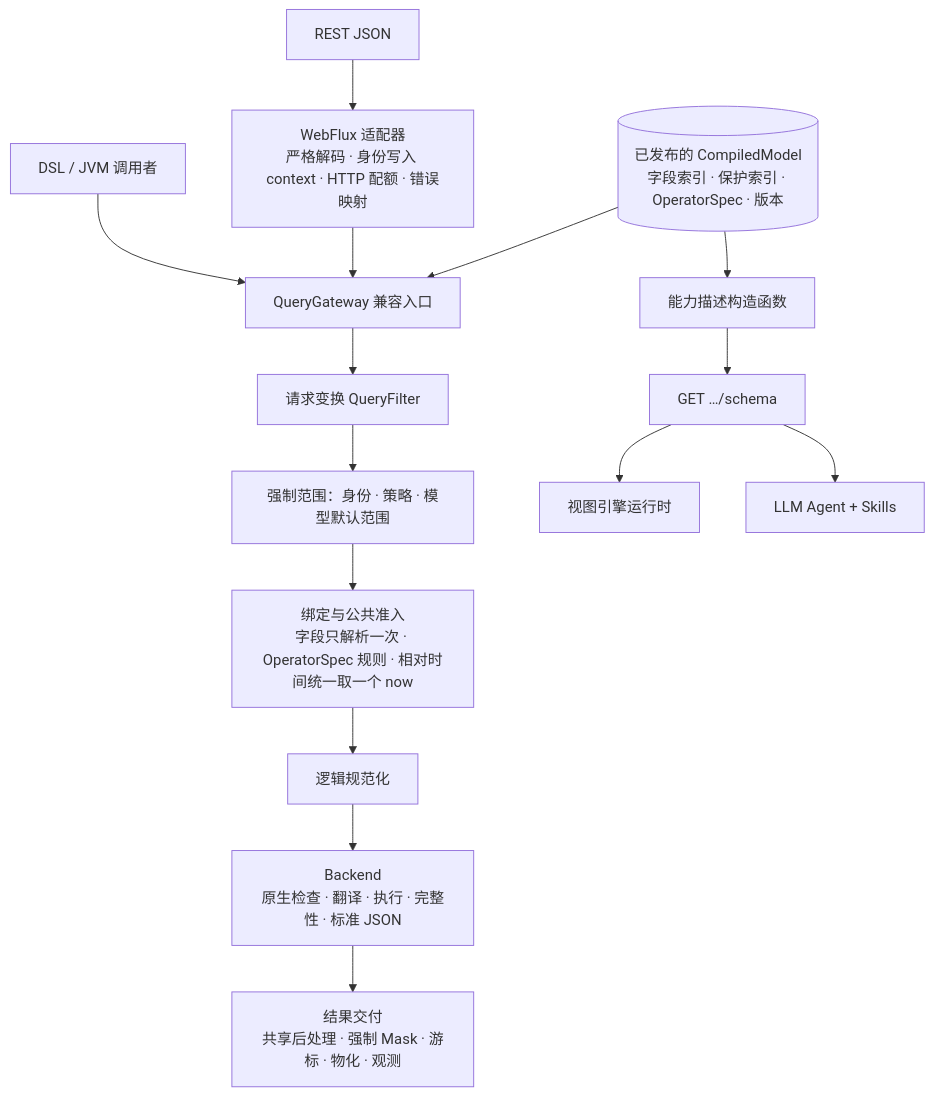
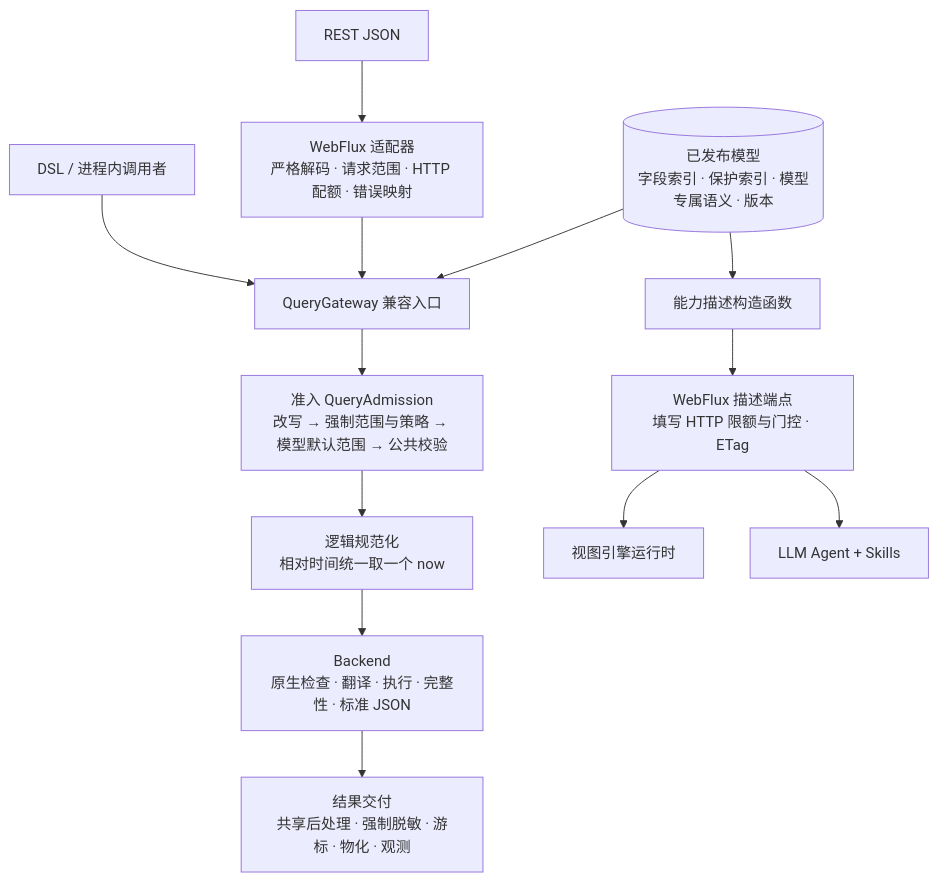
The first of 2 diagrams in documentation/designs/2026-09-24-query-target-architecture-design.md (Ahoo-Wang/Wow), drawn with Mermaid before and after one commit. The commit also changed other lines of this file, not shown here.

First line of the commit message:
docs(query): revise the target architecture after a full review

````diff
--- a/documentation/designs/2026-09-24-query-target-architecture-design.md
+++ b/documentation/designs/2026-09-24-query-target-architecture-design.md
@@ -64,17 +94,15 @@
 ```mermaid
 flowchart TB
-    REST[REST JSON] --> W[WebFlux 适配器<br/>严格解码 · 身份写入 context · HTTP 配额 · 错误映射]
-    DSL[DSL / JVM 调用者] --> G
+    REST[REST JSON] --> W[WebFlux 适配器<br/>严格解码 · 请求范围 · HTTP 配额 · 错误映射]
+    DSL[DSL / 进程内调用者] --> G
     W --> G[QueryGateway 兼容入口]
-    C[(已发布的 CompiledModel<br/>字段索引 · 保护索引 · OperatorSpec · 版本)] --> G
-    G --> R[请求变换 QueryFilter]
-    R --> S[强制范围：身份 · 策略 · 模型默认范围]
-    S --> B[绑定与公共准入<br/>字段只解析一次 · OperatorSpec 规则 · 相对时间统一取一个 now]
-    B --> N[逻辑规范化]
+    C[(已发布模型<br/>字段索引 · 保护索引 · 模型专属语义 · 版本)] --> G
+    G --> A[准入 QueryAdmission<br/>改写 → 强制范围与策略 → 模型默认范围 → 公共校验]
+    A --> N[逻辑规范化<br/>相对时间统一取一个 now]
     N --> X[Backend<br/>原生检查 · 翻译 · 执行 · 完整性 · 标准 JSON]
-    X --> P[结果交付<br/>共享后处理 · 强制 Mask · 游标 · 物化 · 观测]
+    X --> P[结果交付<br/>共享后处理 · 强制脱敏 · 游标 · 物化 · 观测]
     C --> D[能力描述构造函数]
-    D --> SCHEMA["GET …/schema"]
-    SCHEMA --> VE[视图引擎运行时]
-    SCHEMA --> AG[LLM Agent + Skills]
+    D --> H[WebFlux 描述端点<br/>填写 HTTP 限额与门控 · ETag]
+    H --> VE[视图引擎运行时]
+    H --> AG[LLM Agent + Skills]
 ```
````
